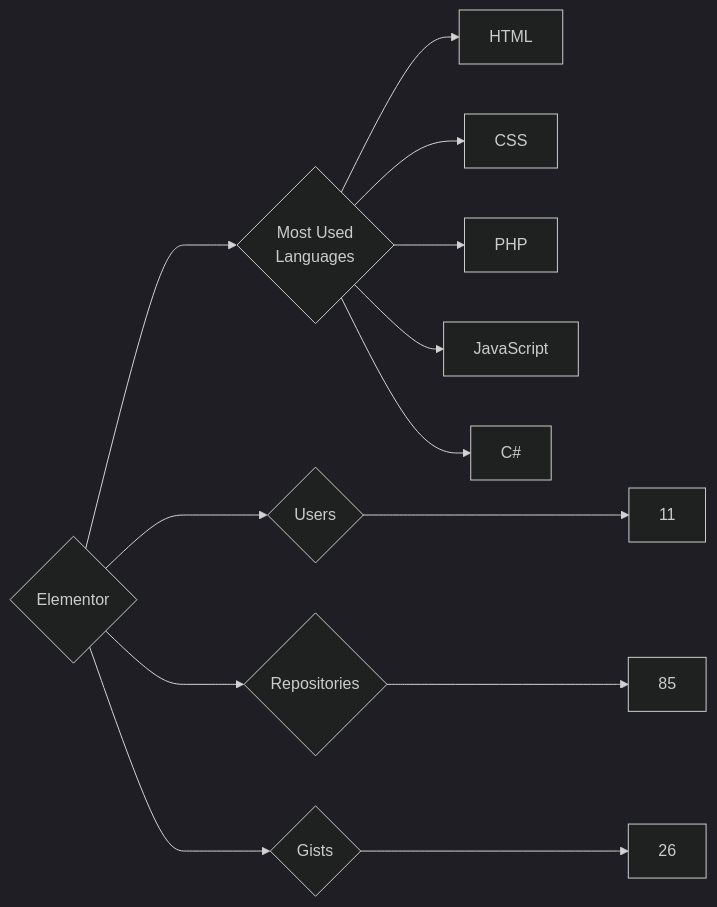
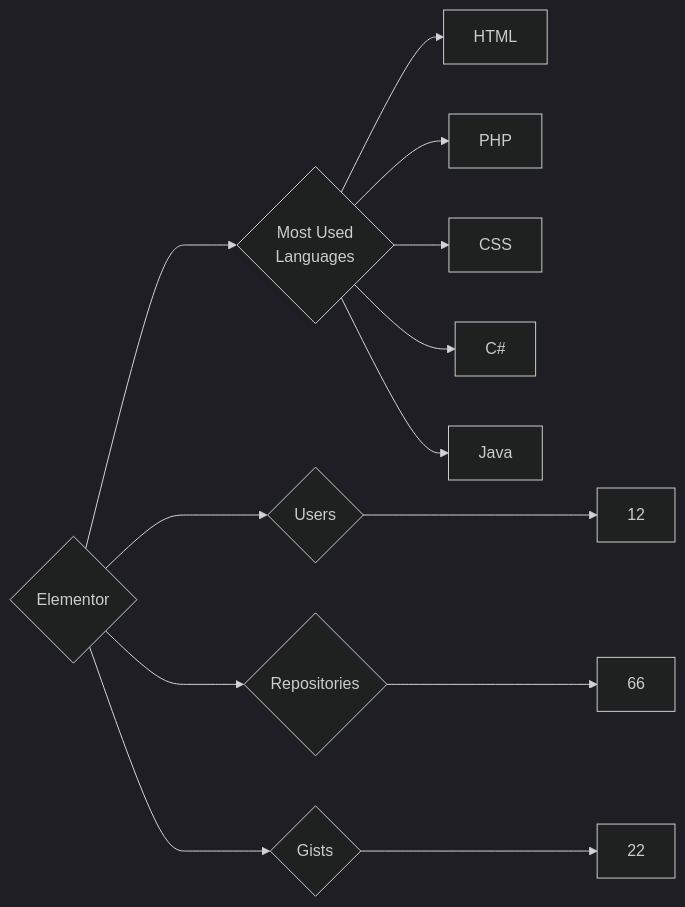
Before and after one commit to trickest/insiders: the diagram in targets/Elementor/README.md, drawn with Mermaid (dark theme). The commit also changed 894 other files, not shown here.

````diff
--- a/targets/Elementor/README.md
+++ b/targets/Elementor/README.md
@@ -3,13 +3,13 @@
 ```mermaid
 graph LR
 COMPANY_NAME{Elementor}
-COMPANY_NAME ---> U{Users} ---> UN[11]
-COMPANY_NAME ---> R{Repositories} ---> RN[85]
-COMPANY_NAME ---> G{Gists} ---> GN[26]
+COMPANY_NAME ---> U{Users} ---> UN[12]
+COMPANY_NAME ---> R{Repositories} ---> RN[66]
+COMPANY_NAME ---> G{Gists} ---> GN[22]
 COMPANY_NAME ---> ML{Most Used<br>Languages}
 ML --> HTML[HTML]
+ML --> PHP[PHP]
 ML --> CSS[CSS]
-ML --> PHP[PHP]
-ML --> JavaScript[JavaScript]
 ML --> C#[C#]
+ML --> Java[Java]
 ```
````
